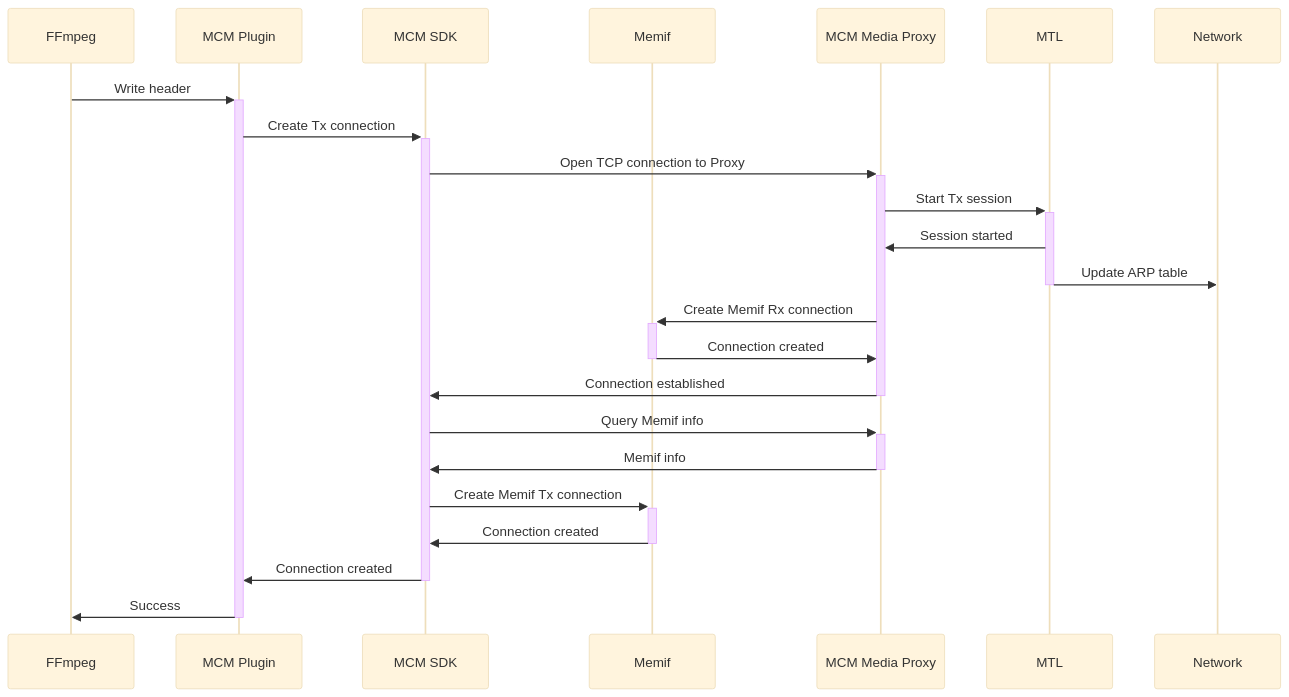
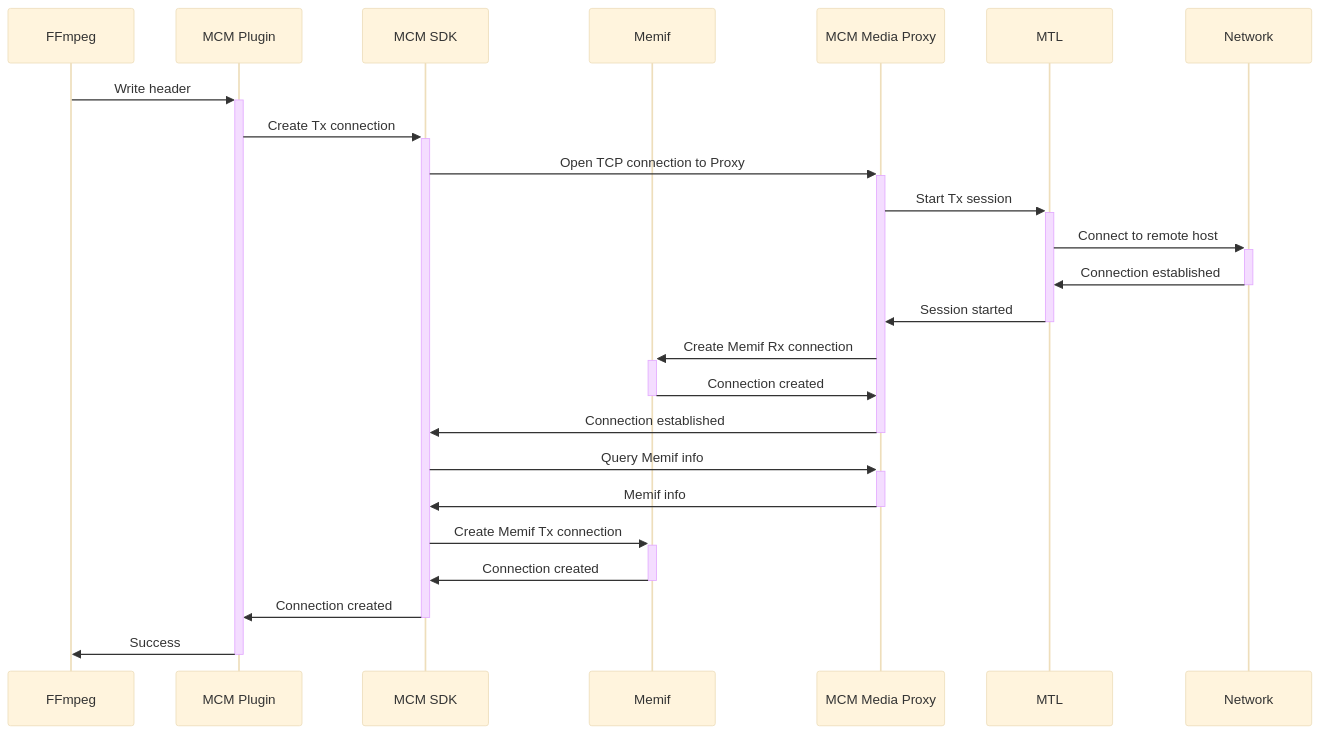
One commit to OpenVisualCloud/Media-Communications-Mesh changed the second of 4 diagrams in ffmpeg-plugin/TX_FLOW.md. Above: the diagram before and after it, drawn with Mermaid (base theme).

Commit message:
Update Tx flow diagram

````diff
--- a/ffmpeg-plugin/TX_FLOW.md
+++ b/ffmpeg-plugin/TX_FLOW.md
@@ -21,28 +21,29 @@
 ```mermaid
 sequenceDiagram
    participant ffmpeg as FFmpeg
    participant mux as MCM Plugin
    participant sdk as MCM SDK
    participant memif as Memif
    participant proxy as MCM Media Proxy
    participant mtl as MTL
    participant network as Network
 
    ffmpeg ->> +mux: Write header
    mux ->> +sdk: Create Tx connection
    sdk ->> +proxy: Open TCP connection to Proxy
    proxy ->> +mtl: Start Tx session
-   mtl ->> proxy: Session started
-   mtl ->> -network: Update ARP table
+   mtl ->> +network: Connect to remote host
+   network ->> -mtl: Connection established
+   mtl ->> -proxy: Session started
    proxy ->> +memif: Create Memif Rx connection
    memif ->> -proxy: Connection created
    proxy ->> -sdk: Connection established
 
    sdk ->> +proxy: Query Memif info
    proxy ->> -sdk: Memif info
 
    sdk ->> +memif: Create Memif Tx connection
    memif ->> -sdk: Connection created
    sdk ->> -mux: Connection created
    mux ->> -ffmpeg: Success
 ```
````
